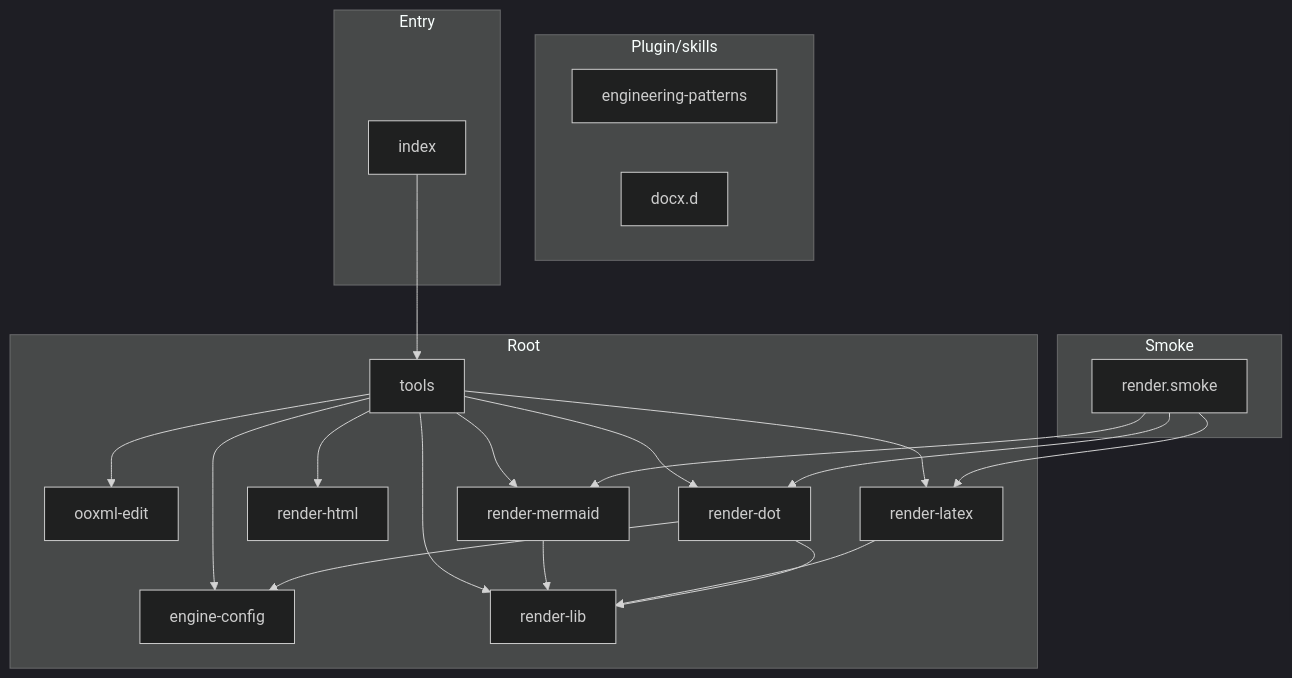
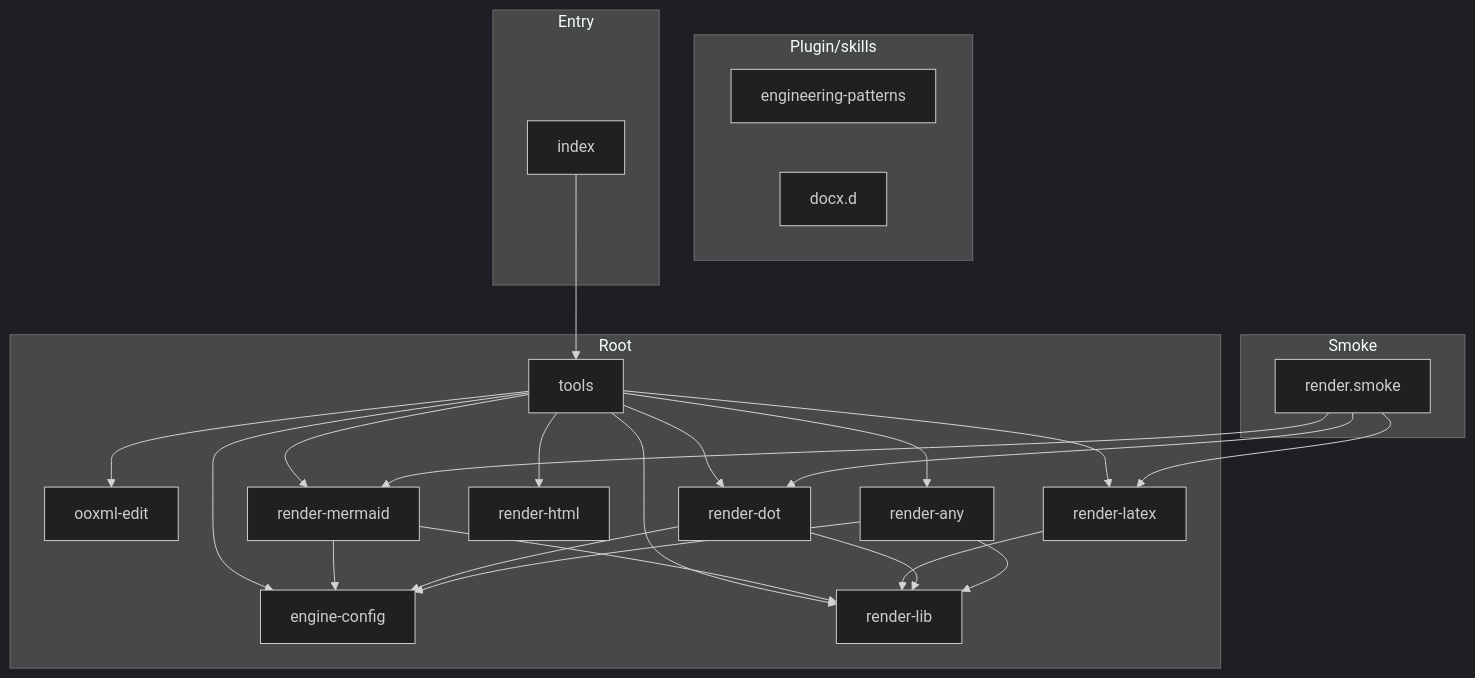
Before and after one commit to danielsimonjr/scieng-mcp: the diagram in docs/architecture/DEPENDENCY_GRAPH.md, drawn with Mermaid (dark theme). The commit also changed other lines of this file and 56 other files, not shown here.

First line of the commit message:
feat: Mermaid and pages on the engine, render tool; release v0.7.0 (#29)

````diff
--- a/docs/architecture/DEPENDENCY_GRAPH.md
+++ b/docs/architecture/DEPENDENCY_GRAPH.md
@@ -277,42 +301,47 @@
 ```mermaid
 graph TD
     subgraph Plugin/skills
         N0[engineering-patterns]
         N1[docx.d]
     end
 
     subgraph Smoke
         N2[render.smoke]
     end
 
     subgraph Root
         N3[engine-config]
         N4[ooxml-edit]
-        N5[render-dot]
-        N6[render-html]
-        N7[render-latex]
-        N8[render-lib]
-        N9[render-mermaid]
-        N10[tools]
+        N5[render-any]
+        N6[render-dot]
+        N7[render-html]
+        N8[render-latex]
+        N9[render-lib]
+        N10[render-mermaid]
+        N11[tools]
     end
 
     subgraph Entry
-        N11[index]
+        N12[index]
     end
 
-    N2 --> N5
-    N2 --> N9
-    N2 --> N7
+    N2 --> N6
+    N2 --> N10
+    N2 --> N8
+    N12 --> N11
+    N5 --> N9
+    N5 --> N3
+    N6 --> N9
+    N6 --> N3
+    N8 --> N9
+    N10 --> N9
+    N10 --> N3
+    N11 --> N9
     N11 --> N10
-    N5 --> N8
-    N5 --> N3
-    N7 --> N8
-    N9 --> N8
-    N10 --> N8
-    N10 --> N9
-    N10 --> N5
-    N10 --> N3
-    N10 --> N7
-    N10 --> N6
-    N10 --> N4
+    N11 --> N5
+    N11 --> N6
+    N11 --> N3
+    N11 --> N8
+    N11 --> N7
+    N11 --> N4
 ```
````
